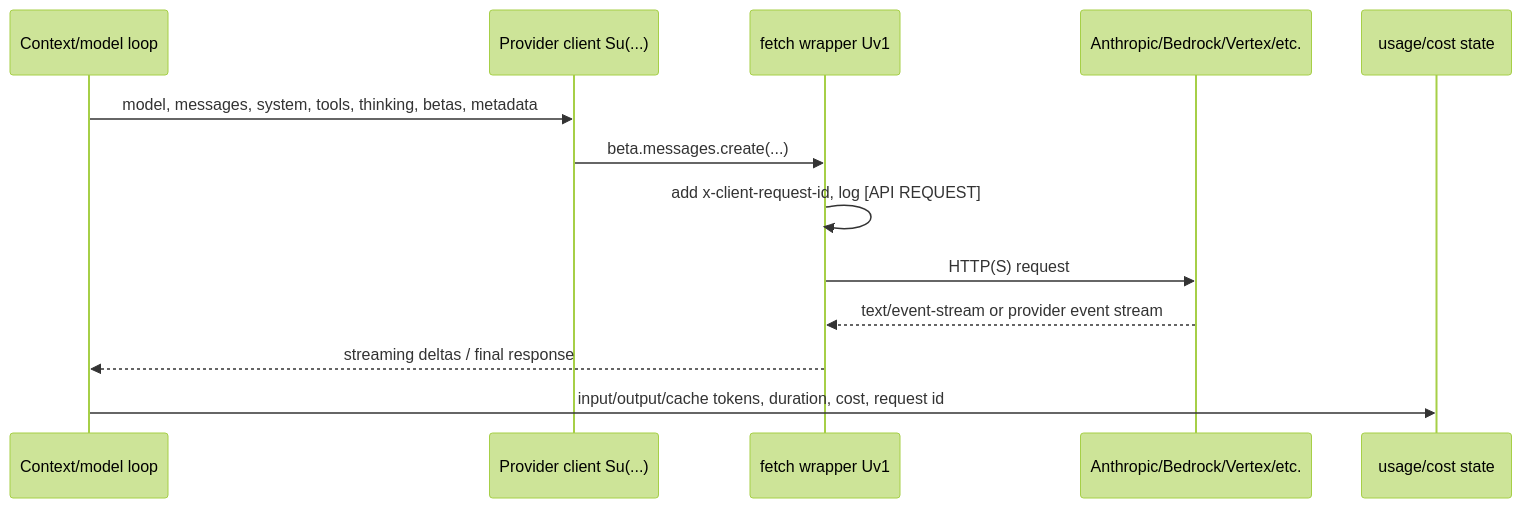
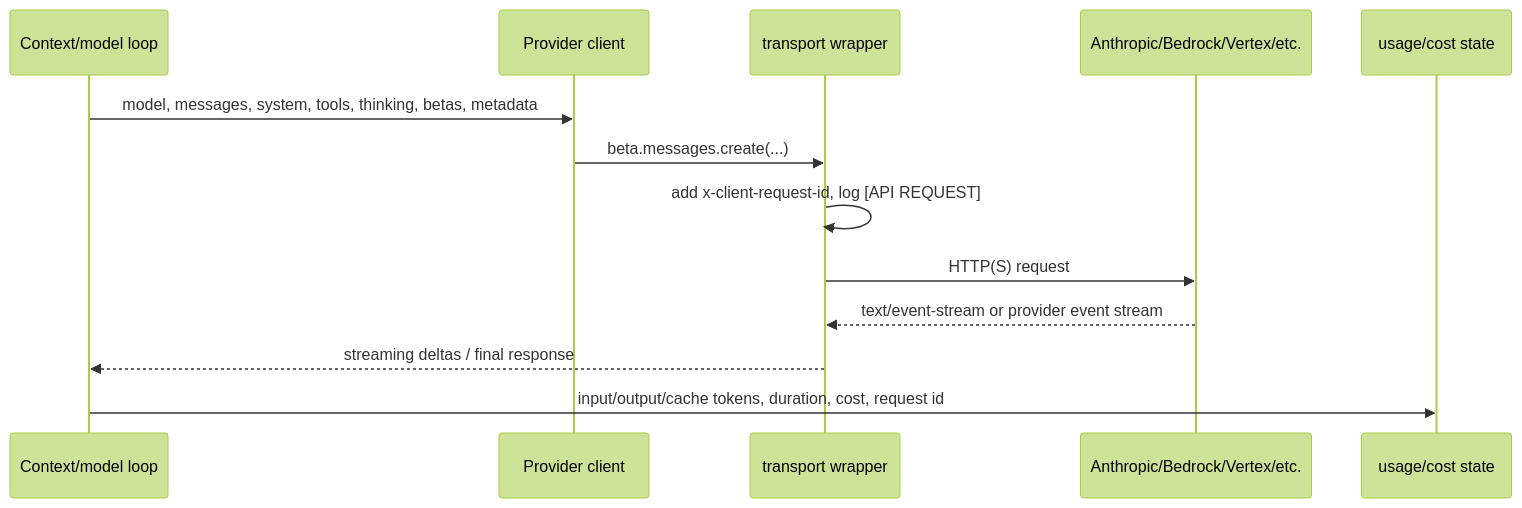
The second of 2 diagrams in docs/02-context-model-loop/model-selection-usage-quota-billing.md (vibewatch/claude-code-internals), drawn with Mermaid (forest theme) before and after one commit. The commit also changed other lines of this file and 46 other files, not shown here.

````diff
--- a/docs/02-context-model-loop/model-selection-usage-quota-billing.md
+++ b/docs/02-context-model-loop/model-selection-usage-quota-billing.md
@@ -141,16 +141,16 @@
 ```mermaid
 sequenceDiagram
     participant ContextLoop as Context/model loop
-    participant Client as Provider client Su(...)
-    participant Fetch as fetch wrapper Uv1
+    participant Client as Provider client
+    participant Fetch as transport wrapper
     participant Provider as Anthropic/Bedrock/Vertex/etc.
     participant Accounting as usage/cost state
 
     ContextLoop->>Client: model, messages, system, tools, thinking, betas, metadata
     Client->>Fetch: beta.messages.create(...)
     Fetch->>Fetch: add x-client-request-id, log [API REQUEST]
     Fetch->>Provider: HTTP(S) request
     Provider-->>Fetch: text/event-stream or provider event stream
     Fetch-->>ContextLoop: streaming deltas / final response
     ContextLoop->>Accounting: input/output/cache tokens, duration, cost, request id
 ```
````
